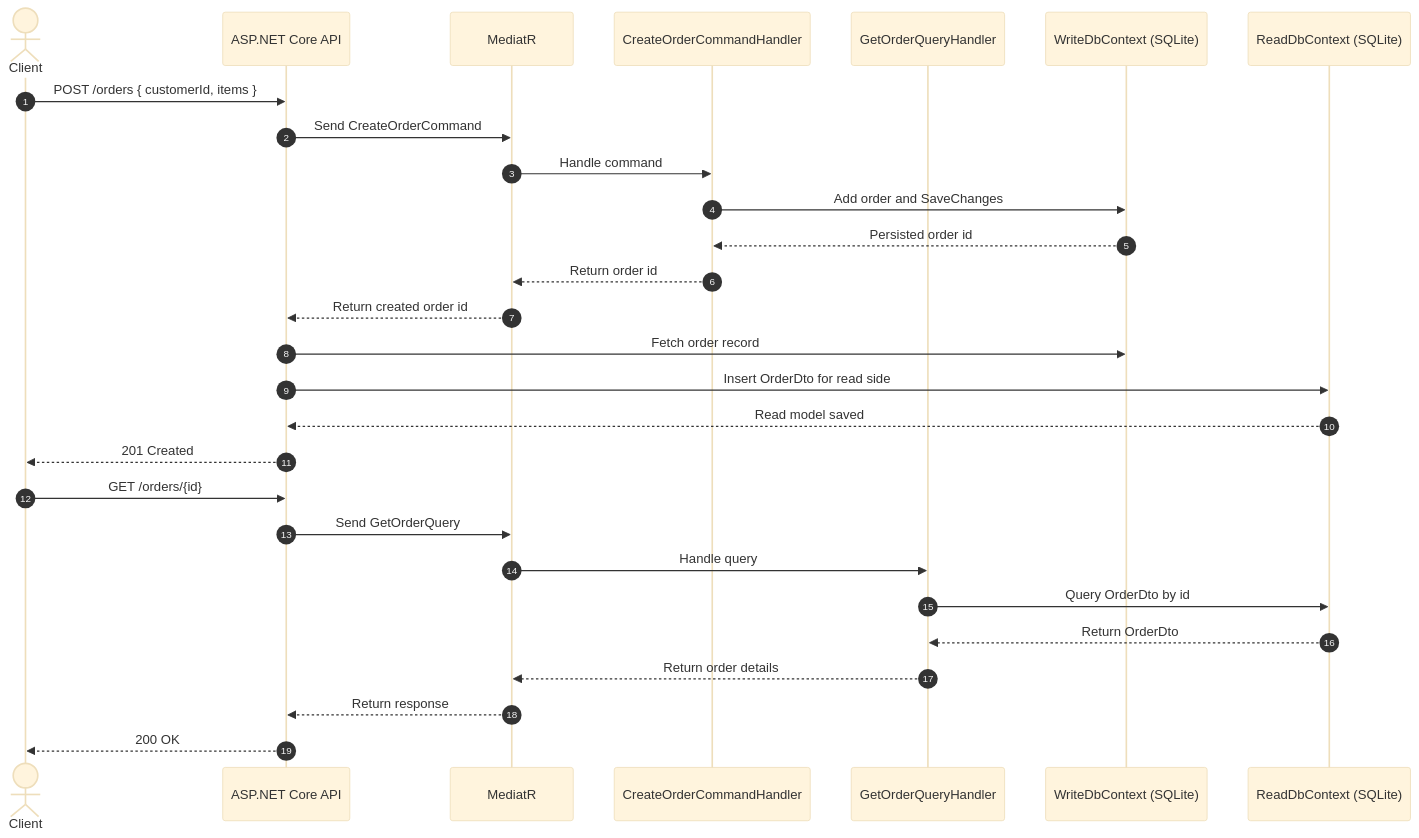
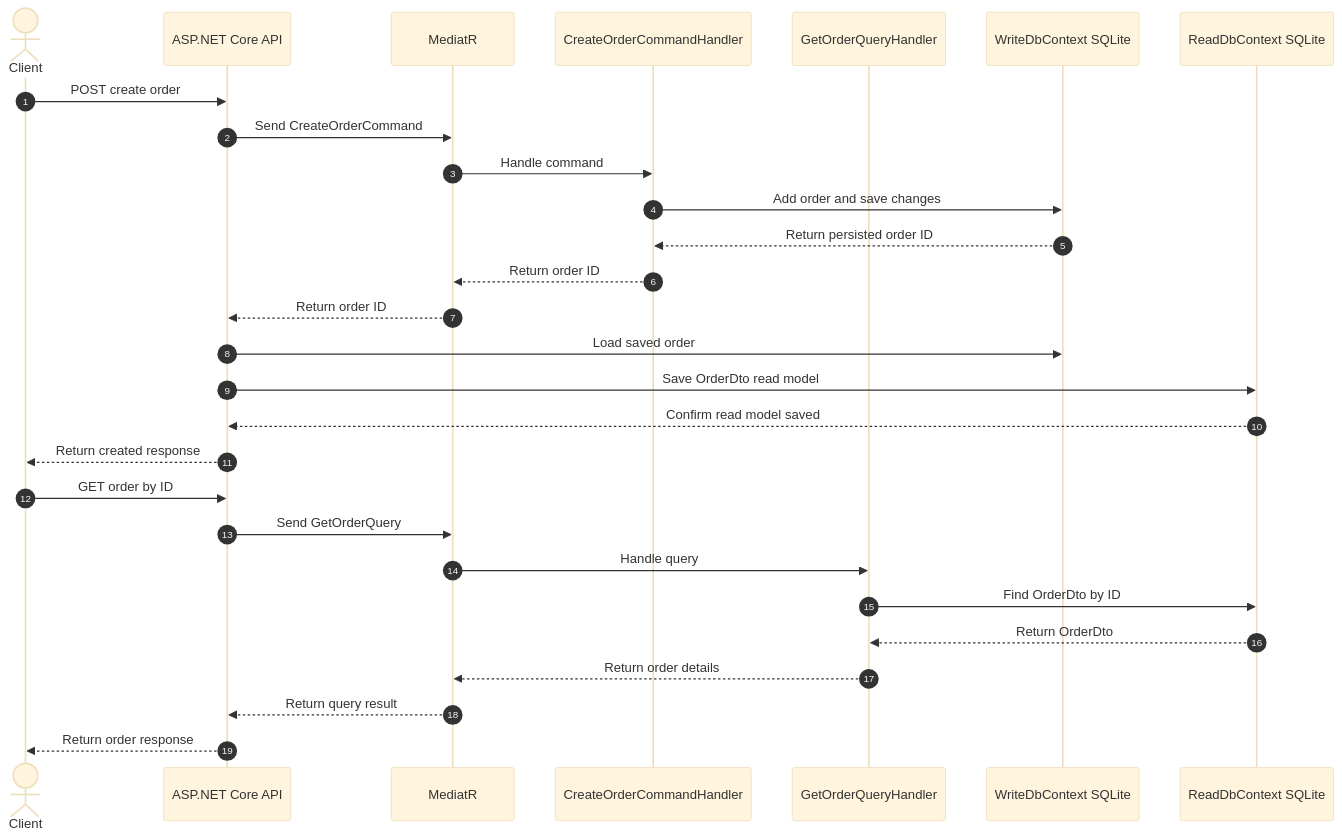
One commit to hasanmonsur/CQRS-Architecture-with-.NET-9 changed the second of 2 diagrams in README.md. Above: the diagram before and after it, drawn with Mermaid (base theme). The commit also changed other lines of this file, not shown here.

Commit message:
Fix Mermaid flowchart syntax in README diagrams

````diff
--- a/README.md
+++ b/README.md
@@ -55,32 +56,32 @@
 ```mermaid
 sequenceDiagram
     autonumber
     actor Client
     participant API as ASP.NET Core API
-    participant MediatR as MediatR
-    participant WriteHandler as CreateOrderCommandHandler
+    participant Mediator as MediatR
+    participant CreateHandler as CreateOrderCommandHandler
     participant ReadHandler as GetOrderQueryHandler
-    participant WriteDb as WriteDbContext (SQLite)
-    participant ReadDb as ReadDbContext (SQLite)
+    participant WriteDb as WriteDbContext SQLite
+    participant ReadDb as ReadDbContext SQLite
 
-    Client->>API: POST /orders { customerId, items }
-    API->>MediatR: Send CreateOrderCommand
-    MediatR->>WriteHandler: Handle command
-    WriteHandler->>WriteDb: Add order and SaveChanges
-    WriteDb-->>WriteHandler: Persisted order id
-    WriteHandler-->>MediatR: Return order id
-    MediatR-->>API: Return created order id
-    API->>WriteDb: Fetch order record
-    API->>ReadDb: Insert OrderDto for read side
-    ReadDb-->>API: Read model saved
-    API-->>Client: 201 Created
+    Client->>API: POST create order
+    API->>Mediator: Send CreateOrderCommand
+    Mediator->>CreateHandler: Handle command
+    CreateHandler->>WriteDb: Add order and save changes
+    WriteDb-->>CreateHandler: Return persisted order ID
+    CreateHandler-->>Mediator: Return order ID
+    Mediator-->>API: Return order ID
+    API->>WriteDb: Load saved order
+    API->>ReadDb: Save OrderDto read model
+    ReadDb-->>API: Confirm read model saved
+    API-->>Client: Return created response
 
-    Client->>API: GET /orders/{id}
-    API->>MediatR: Send GetOrderQuery
-    MediatR->>ReadHandler: Handle query
-    ReadHandler->>ReadDb: Query OrderDto by id
+    Client->>API: GET order by ID
+    API->>Mediator: Send GetOrderQuery
+    Mediator->>ReadHandler: Handle query
+    ReadHandler->>ReadDb: Find OrderDto by ID
     ReadDb-->>ReadHandler: Return OrderDto
-    ReadHandler-->>MediatR: Return order details
-    MediatR-->>API: Return response
-    API-->>Client: 200 OK
+    ReadHandler-->>Mediator: Return order details
+    Mediator-->>API: Return query result
+    API-->>Client: Return order response
 ```
````
